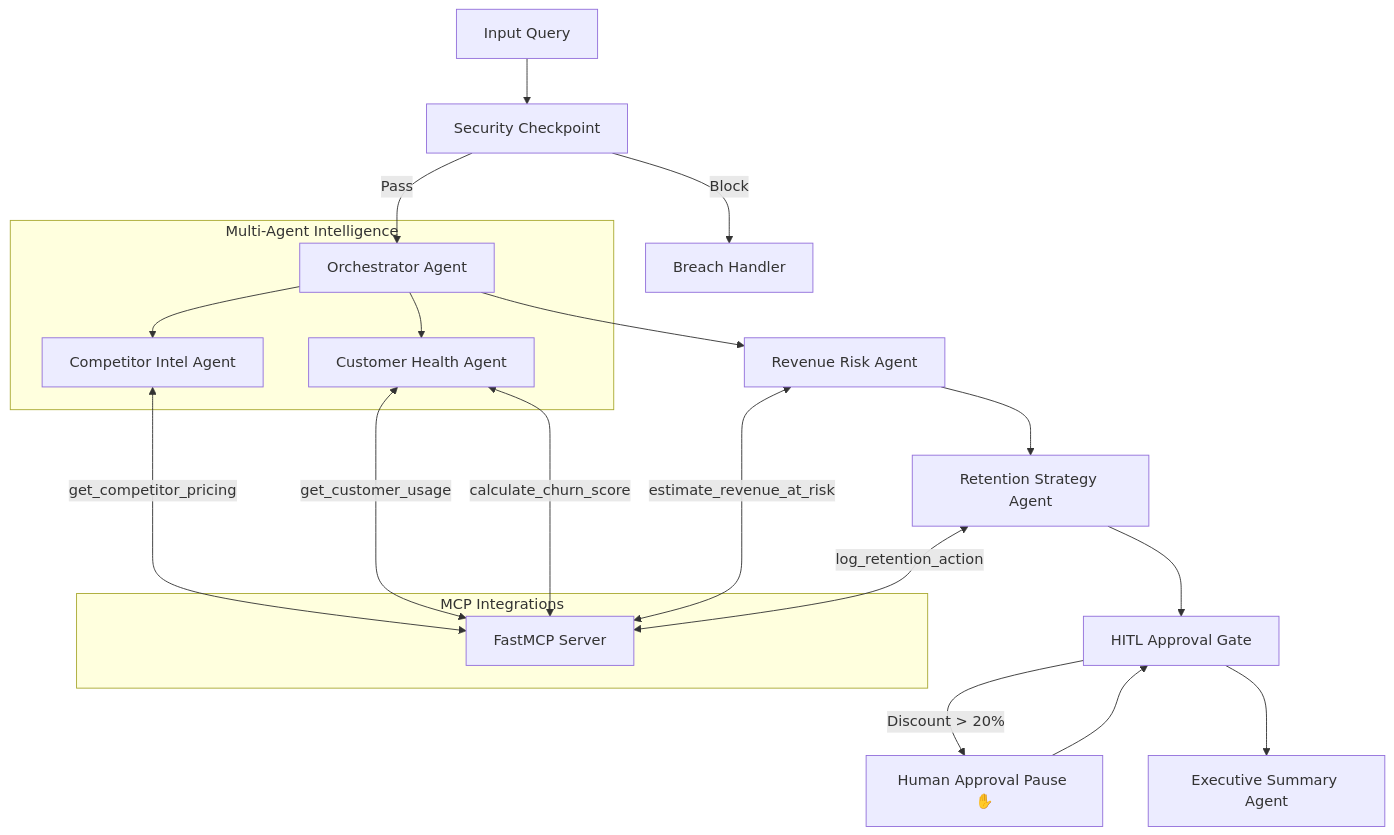
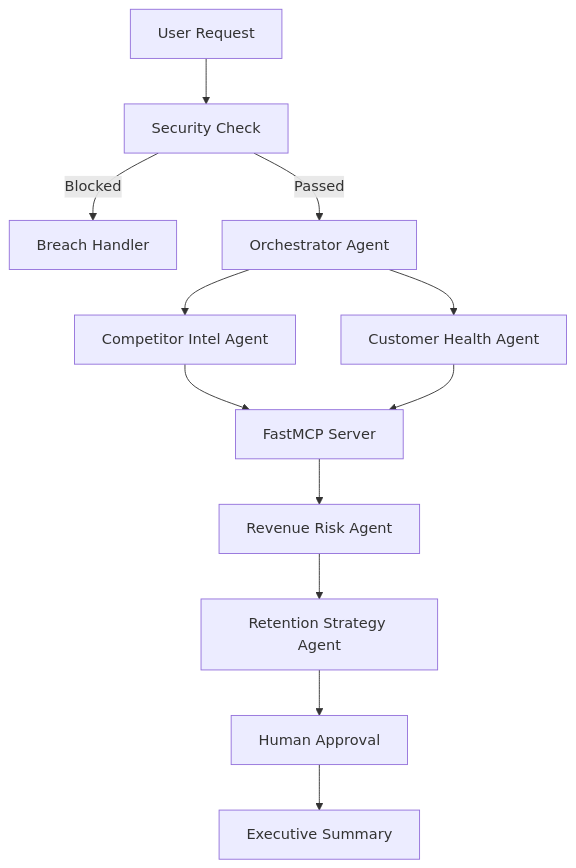
Before and after one commit to reshmanth-sai/revenueguard: the diagram in README.md, drawn with Mermaid. The commit also changed other lines of this file, not shown here.

````diff
--- a/README.md
+++ b/README.md
@@ -21,29 +44,24 @@
 ```mermaid
 graph TD
-    START[Input Query] --> SC[Security Checkpoint]
-    SC -->|Block| SBH[Breach Handler]
-    SC -->|Pass| ORCH[Orchestrator Agent]
-    
-    subgraph Multi-Agent Intelligence
-        ORCH --> CIA[Competitor Intel Agent]
-        ORCH --> CHA[Customer Health Agent]
-    end
-    
-    subgraph MCP Integrations
-        CIA <-->|get_competitor_pricing| MCP[FastMCP Server]
-        CHA <-->|get_customer_usage| MCP
-        CHA <-->|calculate_churn_score| MCP
-    end
-    
-    ORCH --> RRA[Revenue Risk Agent]
-    RRA <-->|estimate_revenue_at_risk| MCP
-    
-    RRA --> RSA[Retention Strategy Agent]
-    RSA <-->|log_retention_action| MCP
-    
-    RSA --> HAC[HITL Approval Gate]
-    HAC -->|Discount > 20%| Human[Human Approval Pause ✋]
-    Human --> HAC
-    
-    HAC --> ESA[Executive Summary Agent]
+    START[User Request] --> SECURITY[Security Check]
+
+    SECURITY -->|Blocked| BREACH[Breach Handler]
+
+    SECURITY -->|Passed| ORCH[Orchestrator Agent]
+
+    ORCH --> COMP[Competitor Intel Agent]
+
+    ORCH --> HEALTH[Customer Health Agent]
+
+    COMP --> MCP[FastMCP Server]
+
+    HEALTH --> MCP
+
+    MCP --> RISK[Revenue Risk Agent]
+
+    RISK --> STRATEGY[Retention Strategy Agent]
+
+    STRATEGY --> HITL[Human Approval]
+
+    HITL --> SUMMARY[Executive Summary]
 ```
````
